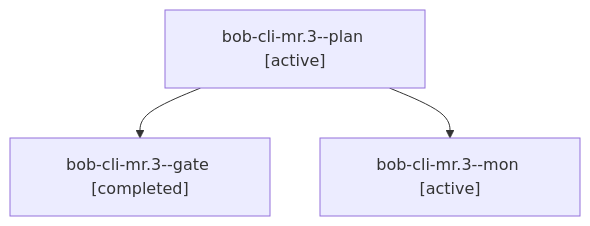
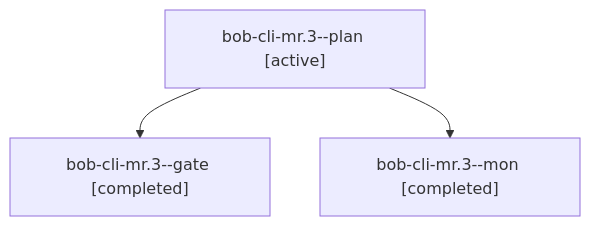
The diagram in sessions/bbugyi200.athena.bob-cli-mr.3.md (bobs-org/bob-cli--agents), drawn with Mermaid before and after one commit. The commit also changed other lines of this file and 45 other files, not shown here.

````diff
--- a/sessions/bbugyi200.athena.bob-cli-mr.3.md
+++ b/sessions/bbugyi200.athena.bob-cli-mr.3.md
@@ -9,8 +9,8 @@
 ```mermaid
 flowchart TD
   n0["bob-cli-mr.3--plan [active]"]
   n1["bob-cli-mr.3--gate [completed]"]
   n0 --> n1
-  n2["bob-cli-mr.3--mon [active]"]
+  n2["bob-cli-mr.3--mon [completed]"]
   n0 --> n2
 ```
````
